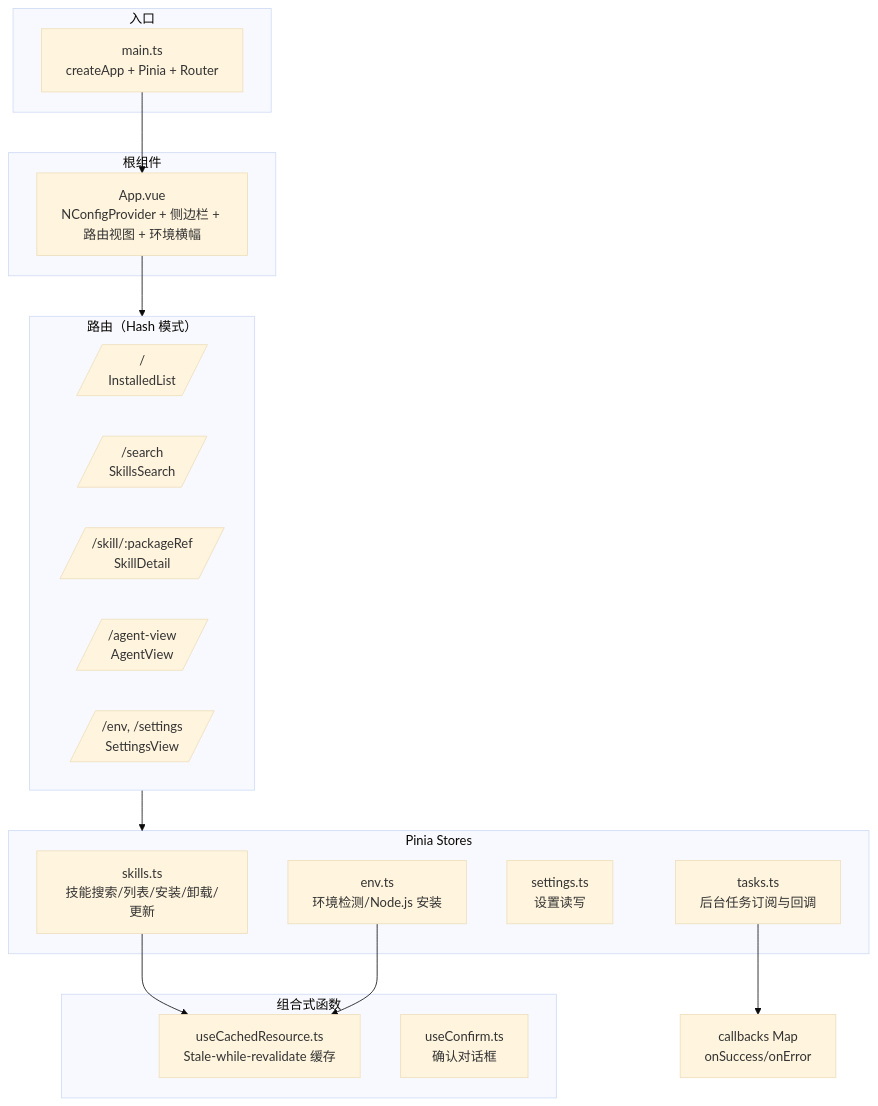
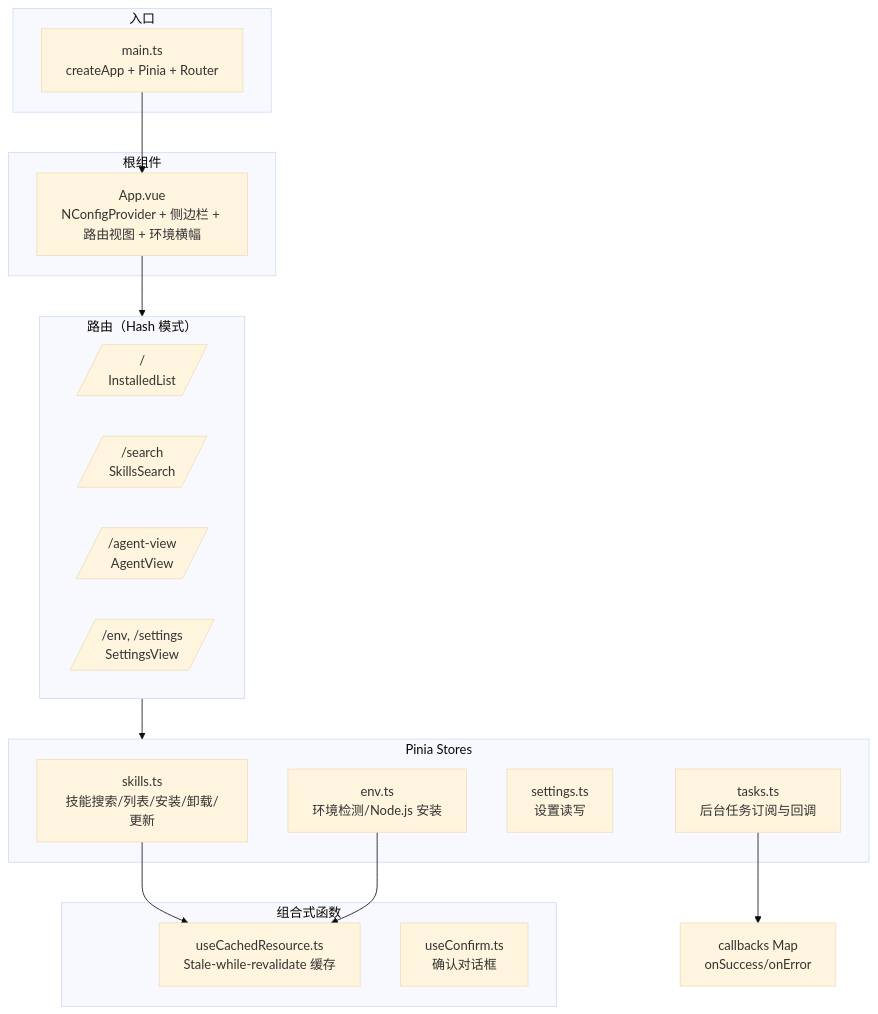
The fourth of 9 diagrams in Architecture.md (a2359117018/skillsDeck), drawn with Mermaid (base theme) before and after one commit. The commit also changed other lines of this file and 4 other files, not shown here.

First line of the commit message:
remove(SkillDetail): delete unused SkillDetail page and route

````diff
--- a/Architecture.md
+++ b/Architecture.md
@@ -255,37 +254,36 @@
 ```mermaid
 graph TB
     subgraph Entry["入口"]
         MainTS["main.ts<br/>createApp + Pinia + Router"]
     end
 
     subgraph Root["根组件"]
         AppVue["App.vue<br/>NConfigProvider + 侧边栏 + 路由视图 + 环境横幅"]
     end
 
     subgraph Router["路由（Hash 模式）"]
         R1[/"/"<br/>InstalledList/]
         R2[/"/search"<br/>SkillsSearch/]
-        R3[/"/skill/:packageRef"<br/>SkillDetail/]
-        R4[/"/agent-view"<br/>AgentView/]
-        R5[/"/env, /settings"<br/>SettingsView/]
+        R3[/"/agent-view"<br/>AgentView/]
+        R4[/"/env, /settings"<br/>SettingsView/]
     end
 
     subgraph Stores["Pinia Stores"]
         SK["skills.ts<br/>技能搜索/列表/安装/卸载/更新"]
         EN["env.ts<br/>环境检测/Node.js 安装"]
         ST["settings.ts<br/>设置读写"]
         TK["tasks.ts<br/>后台任务订阅与回调"]
     end
 
     subgraph Composables["组合式函数"]
         UC["useCachedResource.ts<br/>Stale-while-revalidate 缓存"]
         UC2["useConfirm.ts<br/>确认对话框"]
     end
 
     MainTS --> AppVue
     AppVue --> Router
     Router --> Stores
     SK --> UC
     EN --> UC
     TK --> TK_CB["callbacks Map<br/>onSuccess/onError"]
 ```
````
